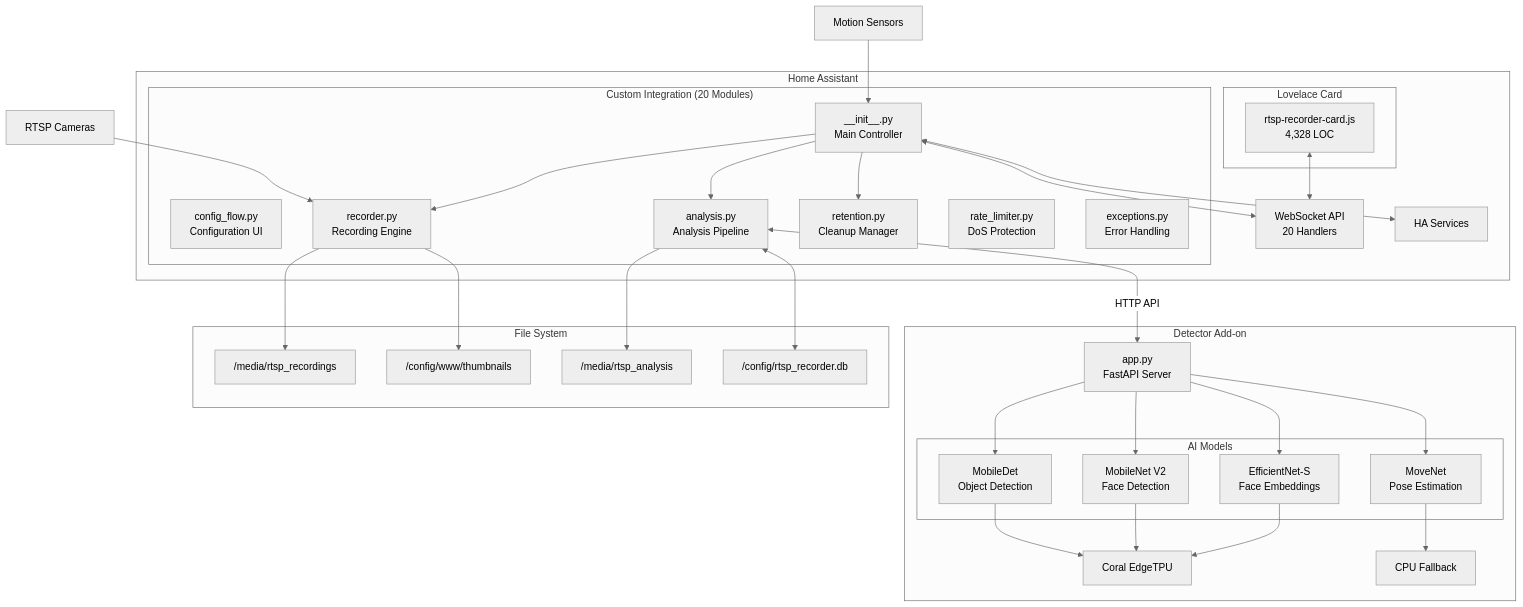
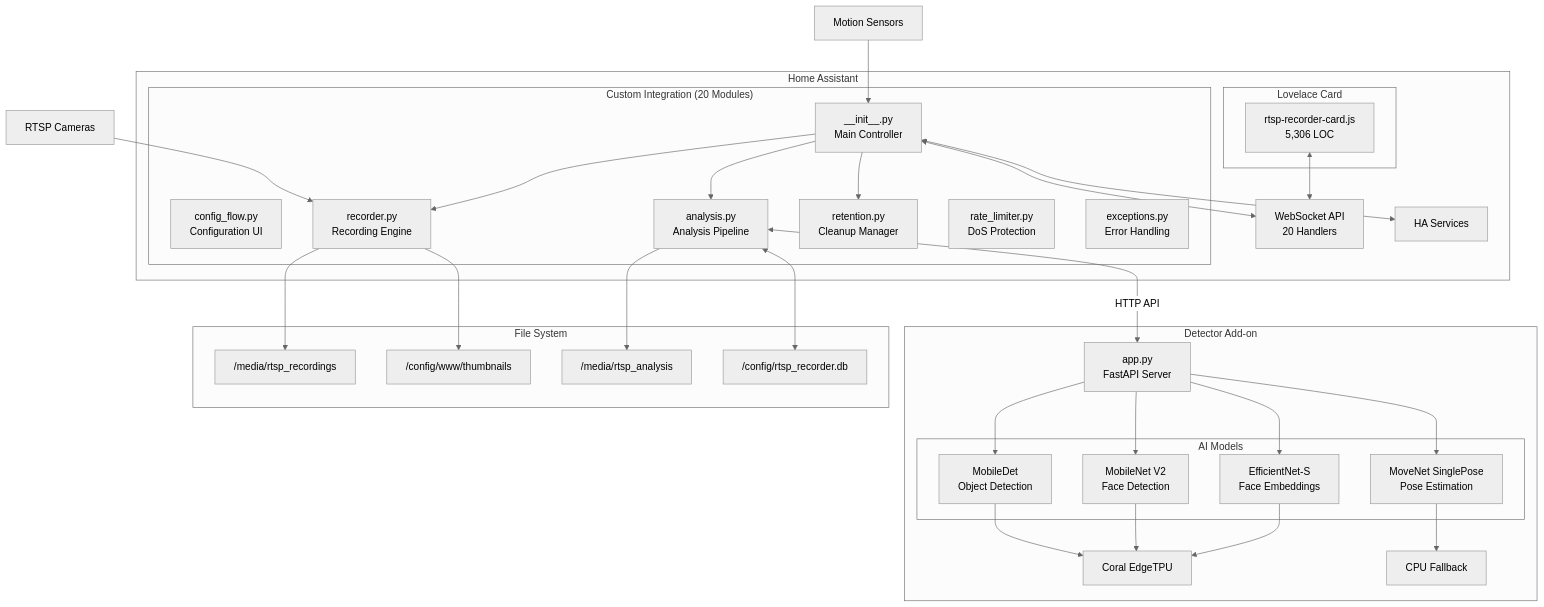
Before and after one commit to brainAThome/Opening_RTSP-Recorder: the first of 8 diagrams in README.md, drawn with Mermaid (neutral theme). The commit also changed other lines of this file, not shown here.

Commit message:
docs: Update feature list and architecture diagram metrics

````diff
--- a/README.md
+++ b/README.md
@@ -293,67 +297,67 @@
 ```mermaid
 flowchart TB
     subgraph HA["Home Assistant"]
         subgraph Integration["Custom Integration (20 Modules)"]
             INIT["__init__.py<br/>Main Controller"]
             CONFIG["config_flow.py<br/>Configuration UI"]
             RECORDER["recorder.py<br/>Recording Engine"]
             ANALYSIS["analysis.py<br/>Analysis Pipeline"]
             RETENTION["retention.py<br/>Cleanup Manager"]
             RATELIMIT["rate_limiter.py<br/>DoS Protection"]
             EXCEPTIONS["exceptions.py<br/>Error Handling"]
         end
         
         subgraph Dashboard["Lovelace Card"]
-            CARD["rtsp-recorder-card.js<br/>4,328 LOC"]
+            CARD["rtsp-recorder-card.js<br/>5,306 LOC"]
         end
         
         WS["WebSocket API<br/>20 Handlers"]
         SERVICES["HA Services"]
     end
     
     subgraph Addon["Detector Add-on"]
         APP["app.py<br/>FastAPI Server"]
         subgraph Models["AI Models"]
             DETECT["MobileDet<br/>Object Detection"]
             FACE["MobileNet V2<br/>Face Detection"]
             EMBED["EfficientNet-S<br/>Face Embeddings"]
-            POSE["MoveNet<br/>Pose Estimation"]
+            POSE["MoveNet SinglePose<br/>Pose Estimation"]
         end
         CORAL["Coral EdgeTPU"]
         CPU["CPU Fallback"]
     end
     
     subgraph Storage["File System"]
         RECORDINGS["/media/rtsp_recordings"]
         THUMBS["/config/www/thumbnails"]
         ANALYSISDIR["/media/rtsp_analysis"]
         SQLITE["/config/rtsp_recorder.db"]
     end
     
     CAM["RTSP Cameras"] --> RECORDER
     MOTION["Motion Sensors"] --> INIT
     
     INIT --> RECORDER
     INIT --> ANALYSIS
     INIT --> RETENTION
     INIT <--> WS
     INIT <--> SERVICES
     
     CARD <--> WS
     
     ANALYSIS <-->|HTTP API| APP
     APP --> DETECT
     APP --> FACE
     APP --> EMBED
     APP --> POSE
     
     DETECT --> CORAL
     FACE --> CORAL
     EMBED --> CORAL
     POSE --> CPU
     
     RECORDER --> RECORDINGS
     RECORDER --> THUMBS
     ANALYSIS --> ANALYSISDIR
     ANALYSIS <--> SQLITE
 ```
````
